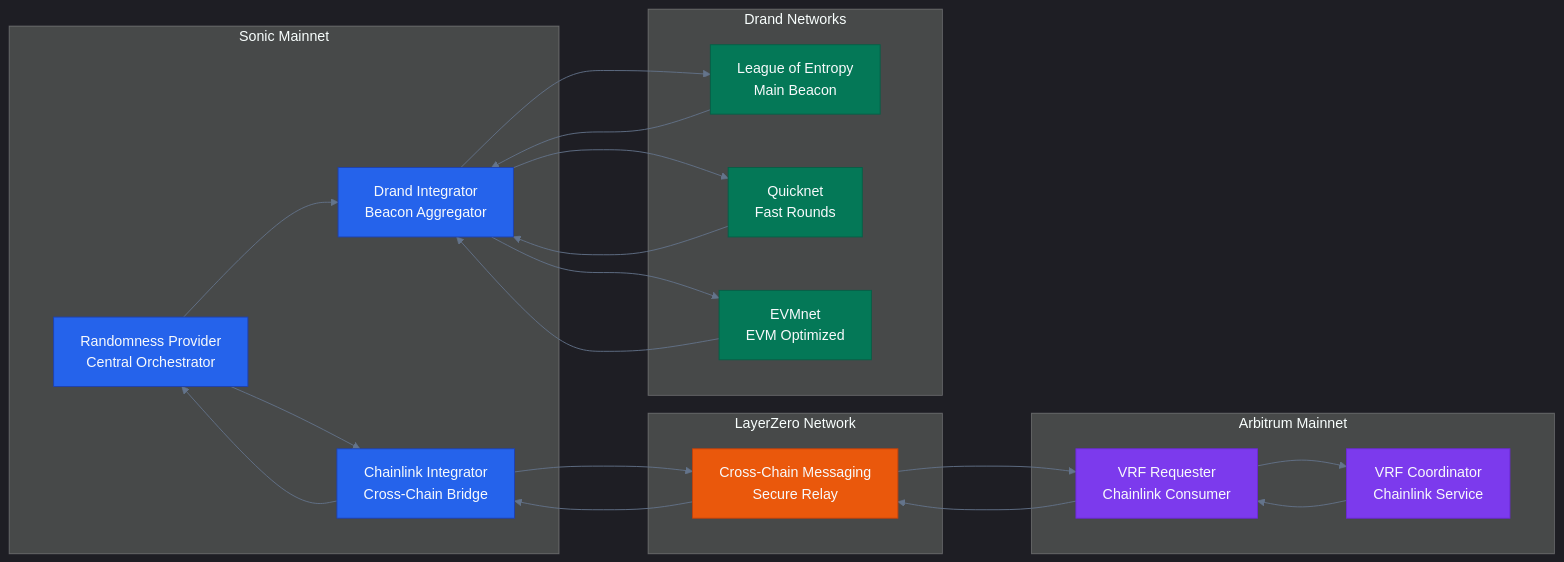
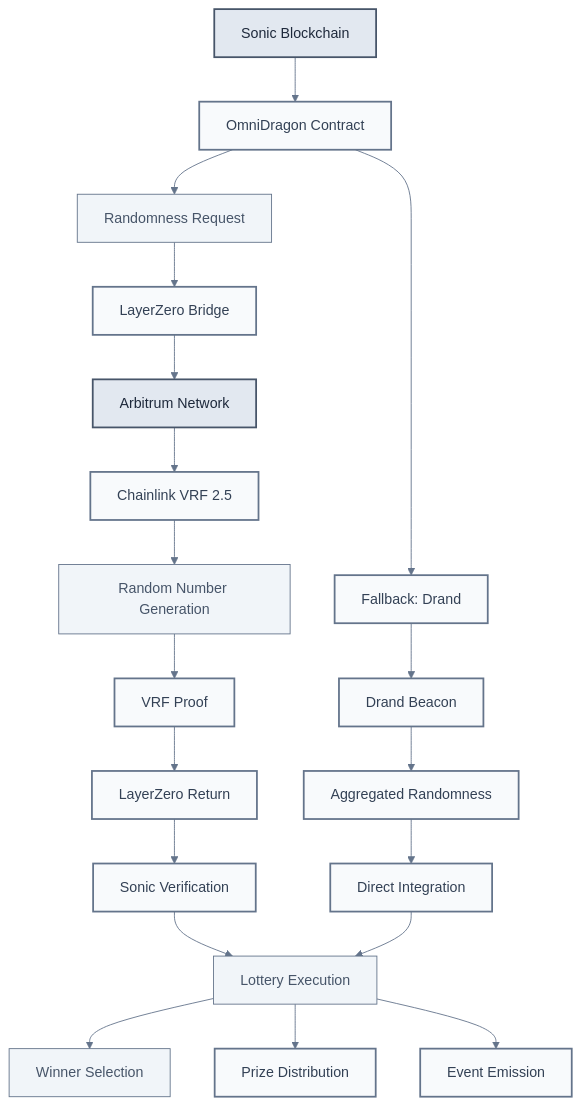
Before and after one commit to wenakita/sonicreddragon-docs: the fourth of 5 diagrams in docs/intro.md, drawn with Mermaid. The commit also changed other lines of this file and 3 other files, not shown here.

````diff
--- a/docs/intro.md
+++ b/docs/intro.md
@@ -185,64 +167,42 @@
 ```mermaid
 %%{init: {
-  'theme': 'dark',
+  'theme': 'base',
   'themeVariables': {
-    'primaryColor': '#7c3aed',
-    'primaryTextColor': '#f8fafc',
+    'primaryColor': '#f8fafc',
+    'primaryTextColor': '#334155',
+    'primaryBorderColor': '#64748b',
     'lineColor': '#64748b',
-    'tertiaryColor': '#0f172a'
-  },
-  'flowchart': {
-    'curve': 'basis',
-    'nodeSpacing': 60,
-    'rankSpacing': 100
+    'secondaryColor': '#f1f5f9',
+    'tertiaryColor': '#e2e8f0'
   }
 }}%%
-graph LR
-    subgraph "Sonic Mainnet"
-        RP["Randomness Provider<br/>Central Orchestrator"]
-        CI["Chainlink Integrator<br/>Cross-Chain Bridge"]
-        DI["Drand Integrator<br/>Beacon Aggregator"]
-    end
+
+flowchart TD
+    A[Sonic Blockchain] --> B[OmniDragon Contract]
+    B --> C[Randomness Request]
+    C --> D[LayerZero Bridge]
+    D --> E[Arbitrum Network]
+    E --> F[Chainlink VRF 2.5]
+    F --> G[Random Number Generation]
+    G --> H[VRF Proof]
+    H --> I[LayerZero Return]
+    I --> J[Sonic Verification]
+    J --> K[Lottery Execution]
     
-    subgraph "LayerZero Network"
-        LZ["Cross-Chain Messaging<br/>Secure Relay"]
-    end
+    B --> L[Fallback: Drand]
+    L --> M[Drand Beacon]
+    M --> N[Aggregated Randomness]
+    N --> O[Direct Integration]
+    O --> K
     
-    subgraph "Arbitrum Mainnet"
-        VRR["VRF Requester<br/>Chainlink Consumer"]
-        VRC["VRF Coordinator<br/>Chainlink Service"]
-    end
+    K --> P[Winner Selection]
+    K --> Q[Prize Distribution]
+    K --> R[Event Emission]
+
+    classDef default fill:#f8fafc,stroke:#64748b,stroke-width:2px,color:#334155
+    classDef network fill:#e2e8f0,stroke:#475569,stroke-width:2px,color:#1e293b
+    classDef process fill:#f1f5f9,stroke:#64748b,stroke-width:1px,color:#475569
     
-    subgraph "Drand Networks"
-        LE["League of Entropy<br/>Main Beacon"]
-        QN["Quicknet<br/>Fast Rounds"]
-        EN["EVMnet<br/>EVM Optimized"]
-    end
-    
-    RP --> CI
-    RP --> DI
-    CI --> LZ
-    LZ --> VRR
-    VRR --> VRC
-    VRC --> VRR
-    VRR --> LZ
-    LZ --> CI
-    CI --> RP
-    
-    DI --> LE
-    DI --> QN
-    DI --> EN
-    LE --> DI
-    QN --> DI
-    EN --> DI
-    
-    classDef sonic fill:#2563eb,stroke:#1e40af,color:#f8fafc
-    classDef layerzero fill:#ea580c,stroke:#c2410c,color:#f8fafc
-    classDef arbitrum fill:#7c3aed,stroke:#6d28d9,color:#f8fafc
-    classDef drand fill:#047857,stroke:#065f46,color:#f8fafc
-    
-    class RP,CI,DI sonic
-    class LZ layerzero
-    class VRR,VRC arbitrum
-    class LE,QN,EN drand
+    class A,E network
+    class C,G,K,P process
 ```
````
